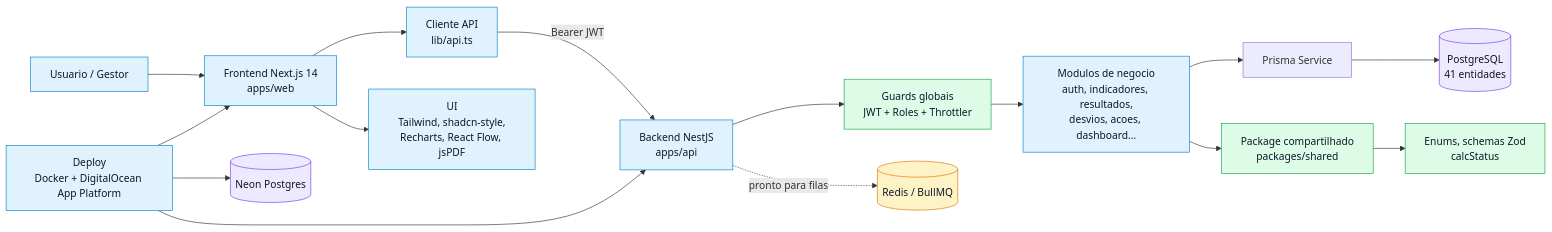
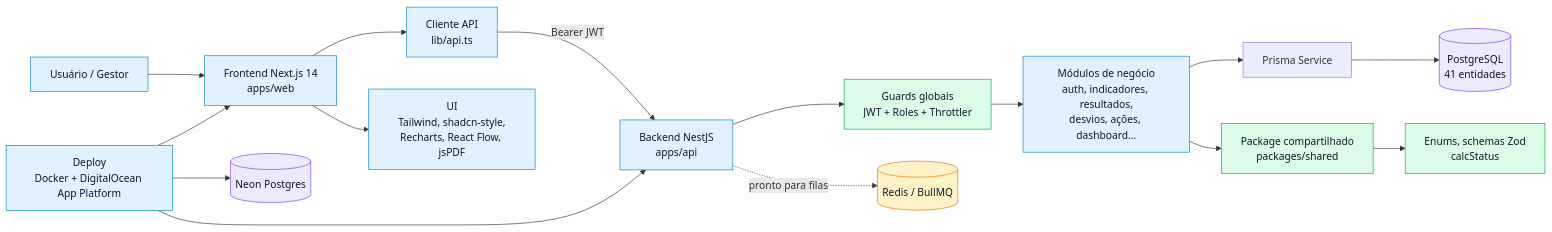
Before and after one commit to aldemirfidelis/gestao-360-indicadores: the first of 12 diagrams in docs/fluxograma-completo.md, drawn with Mermaid. The commit also changed other lines of this file and 73 other files, not shown here.

````diff
--- a/docs/fluxograma-completo.md
+++ b/docs/fluxograma-completo.md
@@ -21,27 +21,27 @@
 ```mermaid
 flowchart LR
-  U["Usuario / Gestor"] --> W["Frontend Next.js 14<br/>apps/web"]
+  U["Usuário / Gestor"] --> W["Frontend Next.js 14<br/>apps/web"]
   W --> A["Cliente API<br/>lib/api.ts"]
   A -->|Bearer JWT| B["Backend NestJS<br/>apps/api"]
   B --> G["Guards globais<br/>JWT + Roles + Throttler"]
-  G --> M["Modulos de negocio<br/>auth, indicadores, resultados,<br/>desvios, acoes, dashboard..."]
+  G --> M["Módulos de negócio<br/>auth, indicadores, resultados,<br/>desvios, ações, dashboard..."]
   M --> P["Prisma Service"]
   P --> DB[("PostgreSQL<br/>41 entidades")]
   M --> S["Package compartilhado<br/>packages/shared"]
   S --> C["Enums, schemas Zod<br/>calcStatus"]
   B -. pronto para filas .-> R[("Redis / BullMQ")]
   W --> UI["UI<br/>Tailwind, shadcn-style,<br/>Recharts, React Flow, jsPDF"]
   D["Deploy<br/>Docker + DigitalOcean App Platform"] --> B
   D --> W
   D --> N[("Neon Postgres")]
 
   classDef user fill:#dbeafe,stroke:#2563eb,color:#0f172a
   classDef app fill:#e0f2fe,stroke:#0284c7,color:#0f172a
   classDef rule fill:#dcfce7,stroke:#16a34a,color:#0f172a
   classDef warn fill:#fef3c7,stroke:#d97706,color:#0f172a
   classDef data fill:#ede9fe,stroke:#7c3aed,color:#0f172a
   class U,W,A,B,M,UI,D app
   class G,S,C rule
   class R warn
   class DB,N data
 ```
````
